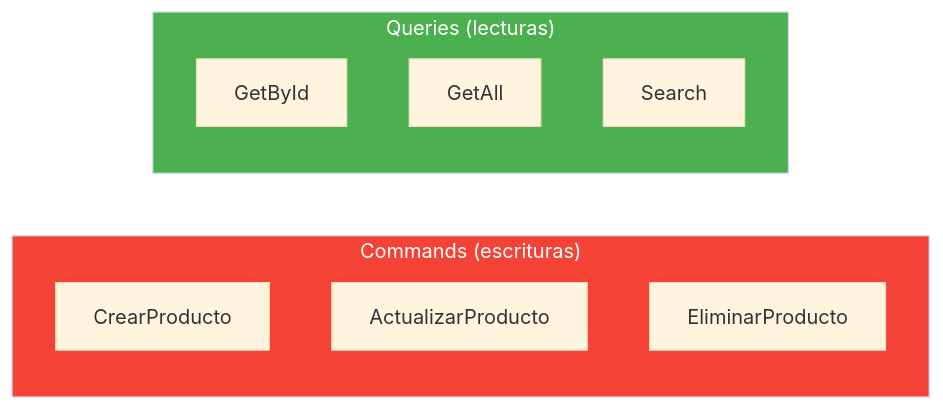
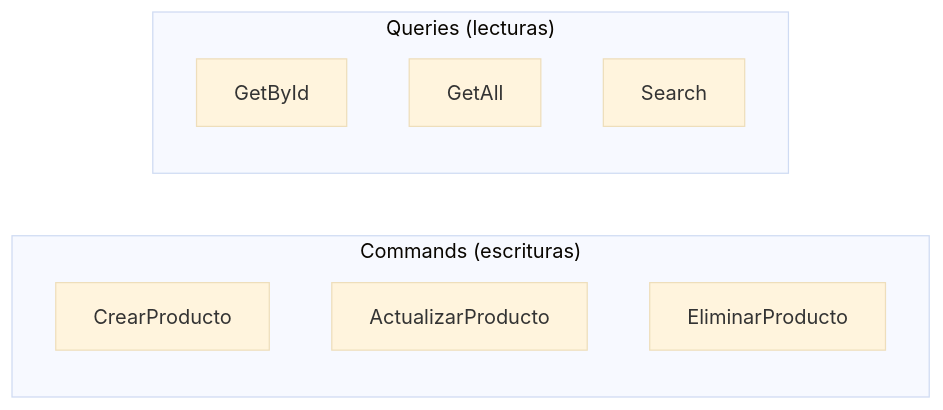
Before and after one commit to joseluisgs/DesarrolloWebEntornosServidor-02-2026-2027: the fifth of 8 diagrams in 11-clean-architecture.md, drawn with Mermaid (base theme). The commit also changed other lines of this file and 4 other files, not shown here.

Commit message:
docs: quitar el relleno a los subgraf de los diagramas de los temas 01, 10, 11, 19 y 30

````diff
--- a/11-clean-architecture.md
+++ b/11-clean-architecture.md
@@ -371,17 +361,15 @@
 ```mermaid
 flowchart LR
     subgraph COMMANDS["Commands (escrituras)"]
         C1["CrearProducto"]
         C2["ActualizarProducto"]
         C3["EliminarProducto"]
     end
 
     subgraph QUERIES["Queries (lecturas)"]
         Q1["GetById"]
         Q2["GetAll"]
         Q3["Search"]
     end
 
-    style COMMANDS fill:#f44336,color:#fff
-    style QUERIES fill:#4CAF50,color:#fff
 ```
````
